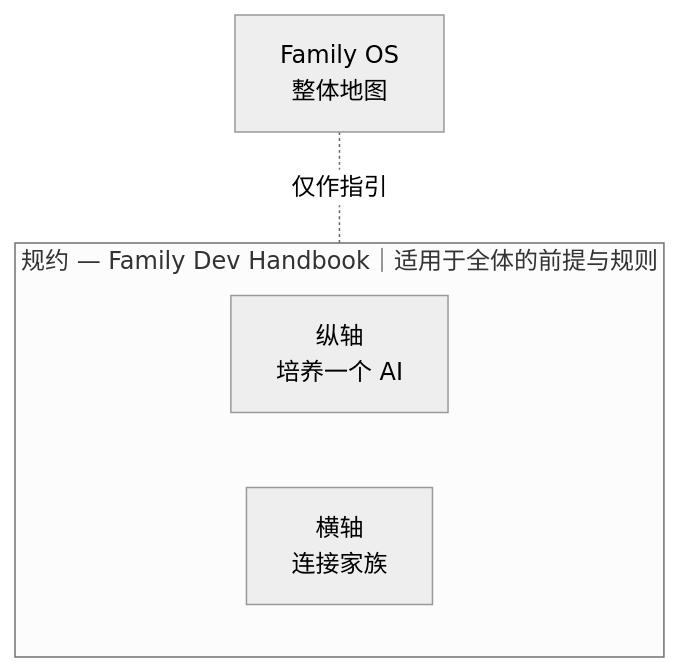
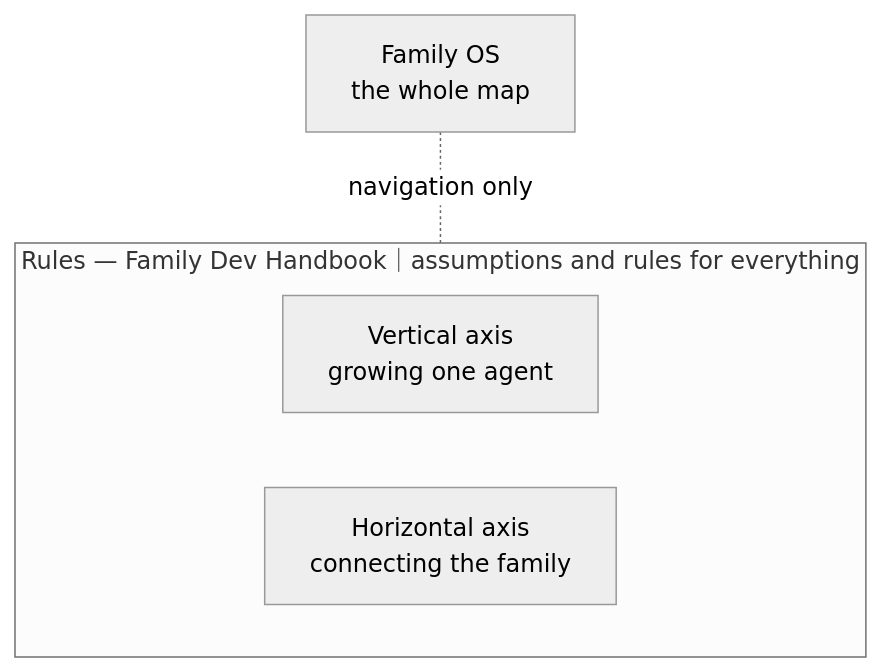
The diagram in README.zh.md (caty-ai/family-os), drawn with Mermaid (neutral theme) before and after one commit. The commit also changed other lines of this file and 12 other files, not shown here.

First line of the commit message:
readme: Layer 2 + figure system — 4-entrance routing, timeline, correspondence, SVG map set, visual-system v5 (#30)

````diff
--- a/README.zh.md
+++ b/README.zh.md
@@ -133,12 +188,12 @@
 ```mermaid
 flowchart TB
-  OS["Family OS<br/>整体地图"]
+  OS["Family OS<br/>the whole map"]
 
-  subgraph Rule["规约 — Family Dev Handbook｜适用于全体的前提与规则"]
+  subgraph Rule["Rules — Family Dev Handbook｜assumptions and rules for everything"]
     direction LR
-    V["纵轴<br/>培养一个 AI"]
-    H["横轴<br/>连接家族"]
+    V["Vertical axis<br/>growing one agent"]
+    H["Horizontal axis<br/>connecting the family"]
   end
 
-  OS -.-|"仅作指引"| Rule
+  OS -.-|"navigation only"| Rule
 ```
````
